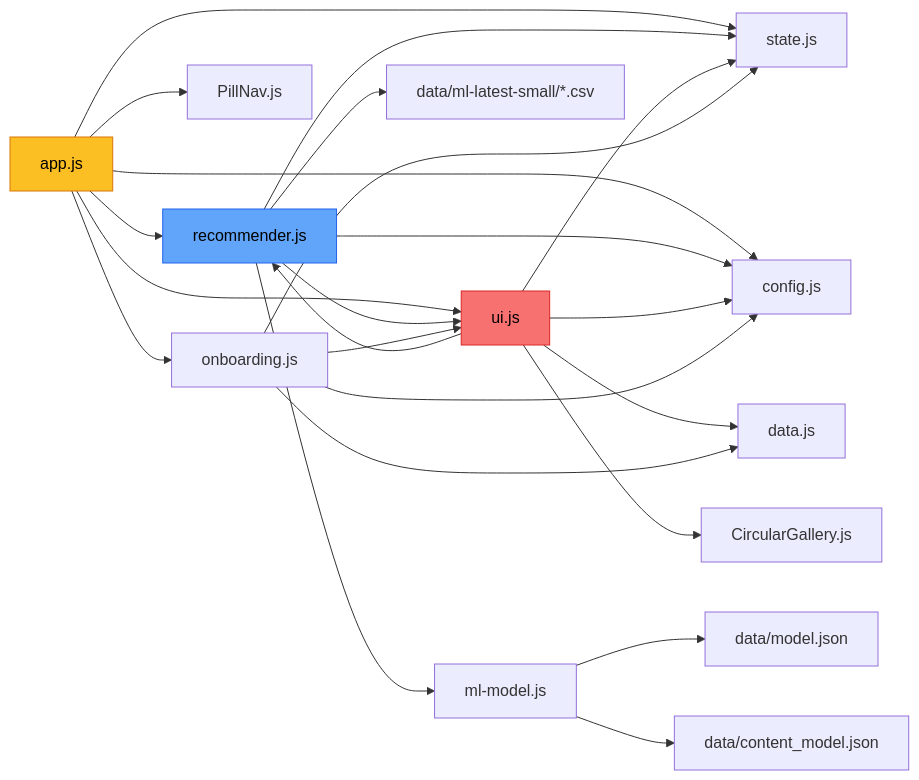
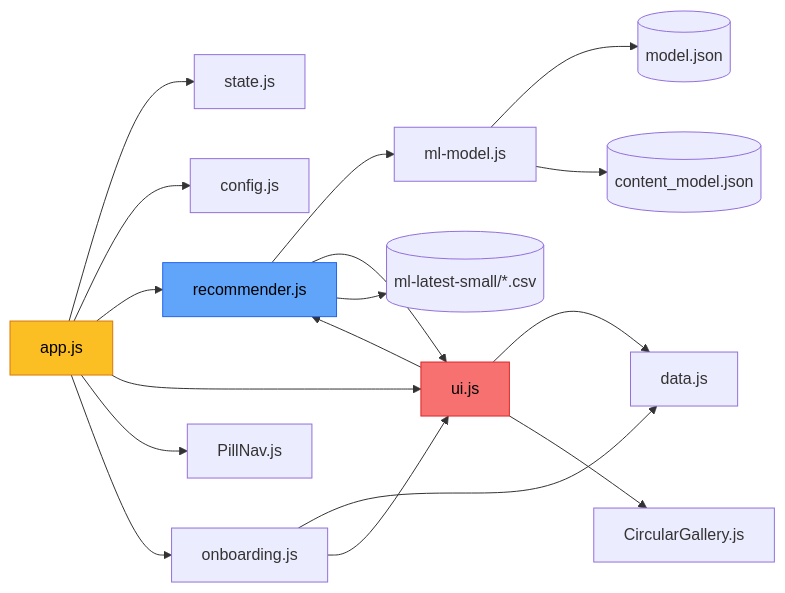
Before and after one commit to 4-thkind/Movie-Recommendation-Model: the tenth of 10 diagrams in README.md, drawn with Mermaid. The commit also changed other lines of this file, not shown here.

````diff
--- a/README.md
+++ b/README.md
@@ -696,34 +482,26 @@
 ```mermaid
-graph LR
-    A["app.js"] --> B["state.js"]
-    A --> C["config.js"]
-    A --> D["recommender.js"]
-    A --> E["ui.js"]
-    A --> F["PillNav.js"]
-    A --> G["onboarding.js"]
+flowchart LR
+    APP[app.js] --> STATE[state.js]
+    APP --> CFG[config.js]
+    APP --> REC[recommender.js]
+    APP --> UI[ui.js]
+    APP --> NAV[PillNav.js]
+    APP --> OB[onboarding.js]
 
-    D --> B
-    D --> C
-    D --> E
-    D --> H["ml-model.js"]
+    REC --> ML[ml-model.js]
+    REC --> UI
+    ML --> MJ[(model.json)]
+    ML --> CJ[(content_model.json)]
+    REC --> CSV[(ml-latest-small/*.csv)]
 
-    E --> B
-    E --> C
-    E --> I["data.js"]
-    E --> D
-    E --> J["CircularGallery.js"]
+    UI --> DATA[data.js]
+    UI --> CG[CircularGallery.js]
+    UI --> REC
 
-    G --> B
-    G --> C
-    G --> I
-    G --> E
+    OB --> DATA
+    OB --> UI
 
-    H --> K["data/model.json"]
-    H --> L["data/content_model.json"]
-
-    D --> M["data/ml-latest-small/*.csv"]
-
-    style A fill:#fbbf24,stroke:#d97706,color:#000
-    style D fill:#60a5fa,stroke:#2563eb,color:#000
-    style E fill:#f87171,stroke:#dc2626,color:#000
+    style APP fill:#fbbf24,stroke:#d97706,color:#000
+    style REC fill:#60a5fa,stroke:#2563eb,color:#000
+    style UI fill:#f87171,stroke:#dc2626,color:#000
 ```
````
